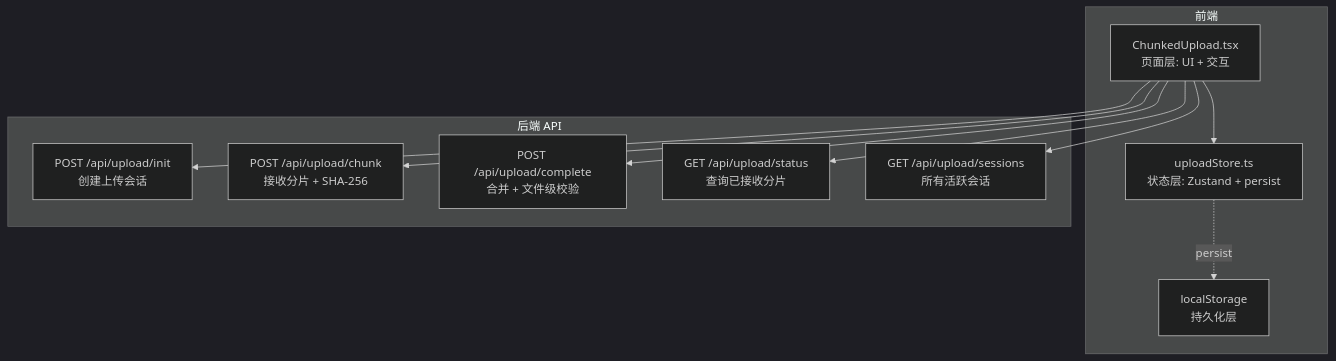
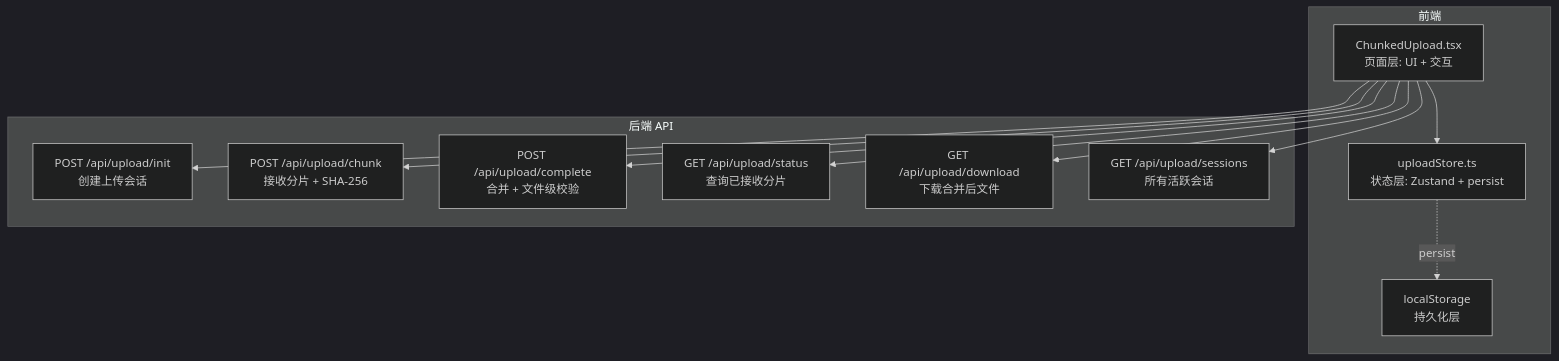
The ninth of 46 diagrams in docs/面试亮点.md (KMaybe01/interview-demo), drawn with Mermaid (dark theme) before and after one commit. The commit also changed other lines of this file and 6 other files, not shown here.

````diff
--- a/docs/面试亮点.md
+++ b/docs/面试亮点.md
@@ -763,20 +777,21 @@
 ```mermaid
 graph TB
     subgraph FrontendLayer["前端"]
         PAGE["ChunkedUpload.tsx<br/>页面层: UI + 交互"]
         STORE["uploadStore.ts<br/>状态层: Zustand + persist"]
         LS["localStorage<br/>持久化层"]
     end
 
     subgraph BackendLayer["后端 API"]
         INIT["POST /api/upload/init<br/>创建上传会话"]
         CHUNK["POST /api/upload/chunk<br/>接收分片 + SHA-256"]
         COMPLETE["POST /api/upload/complete<br/>合并 + 文件级校验"]
         STATUS["GET /api/upload/status<br/>查询已接收分片"]
+        DOWNLOAD["GET /api/upload/download<br/>下载合并后文件"]
         SESSIONS["GET /api/upload/sessions<br/>所有活跃会话"]
     end
 
     PAGE --> STORE
     STORE -.->|persist| LS
-    PAGE --> INIT & CHUNK & COMPLETE & STATUS & SESSIONS
+    PAGE --> INIT & CHUNK & COMPLETE & STATUS & DOWNLOAD & SESSIONS
 ```
````
